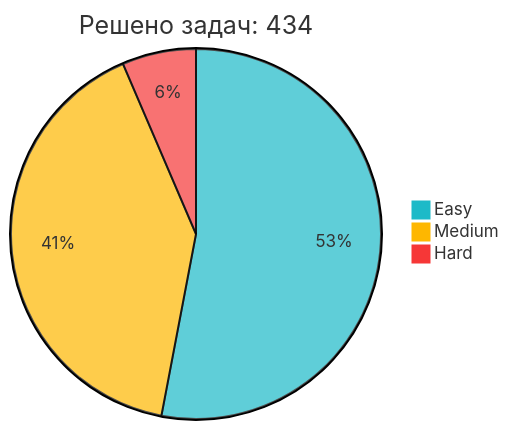
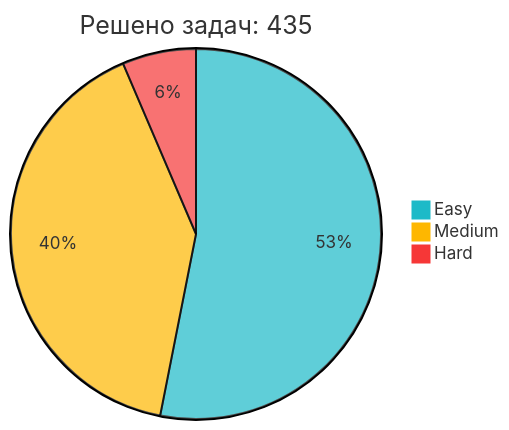
The diagram in README.md (IliaKurdukov/IliaKurdukov), drawn with Mermaid before and after one commit. The commit also changed other lines of this file, not shown here.

Commit message:
📈 Обновление статистики LeetCode

````diff
--- a/README.md
+++ b/README.md
@@ -51,7 +51,7 @@
 ```mermaid
 %%{init: {'theme': 'base', 'themeVariables': { 'pie1': '#1CBAC8', 'pie2': '#FEB700', 'pie3': '#F63737' }, 'config': {'width': 300, 'height': 200}}}%%
-pie title Решено задач: 434
-   "Easy" : 230
+pie title Решено задач: 435
+   "Easy" : 231
    "Medium" : 176
    "Hard" : 28
 ```
````
